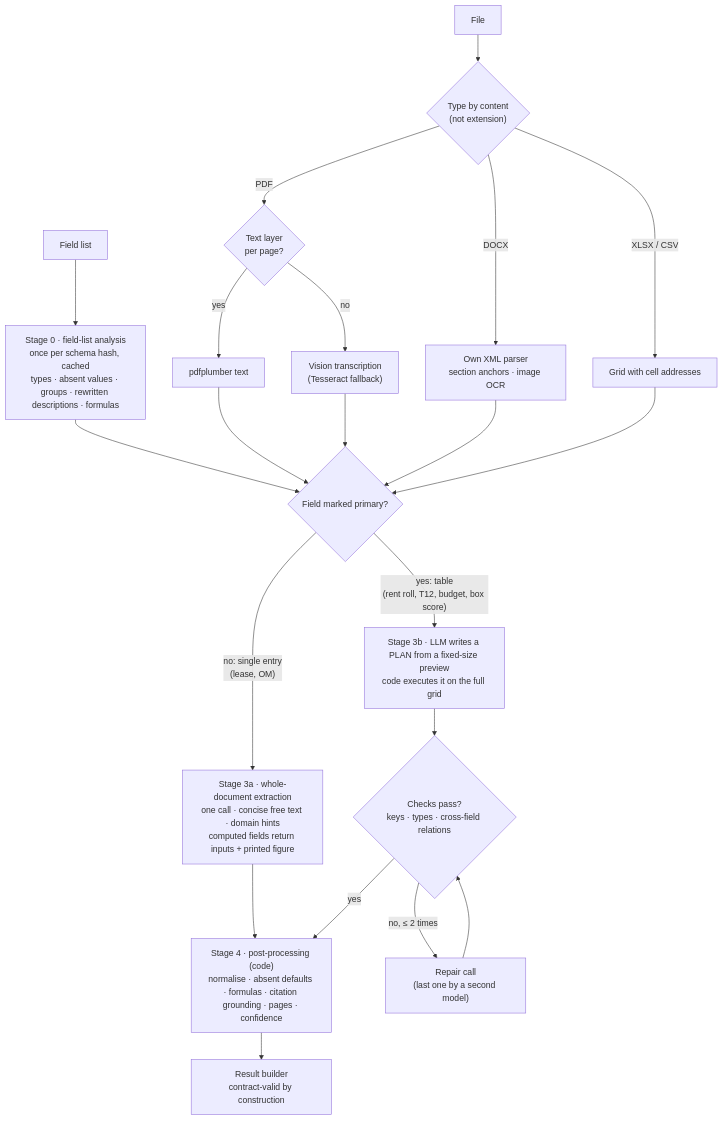
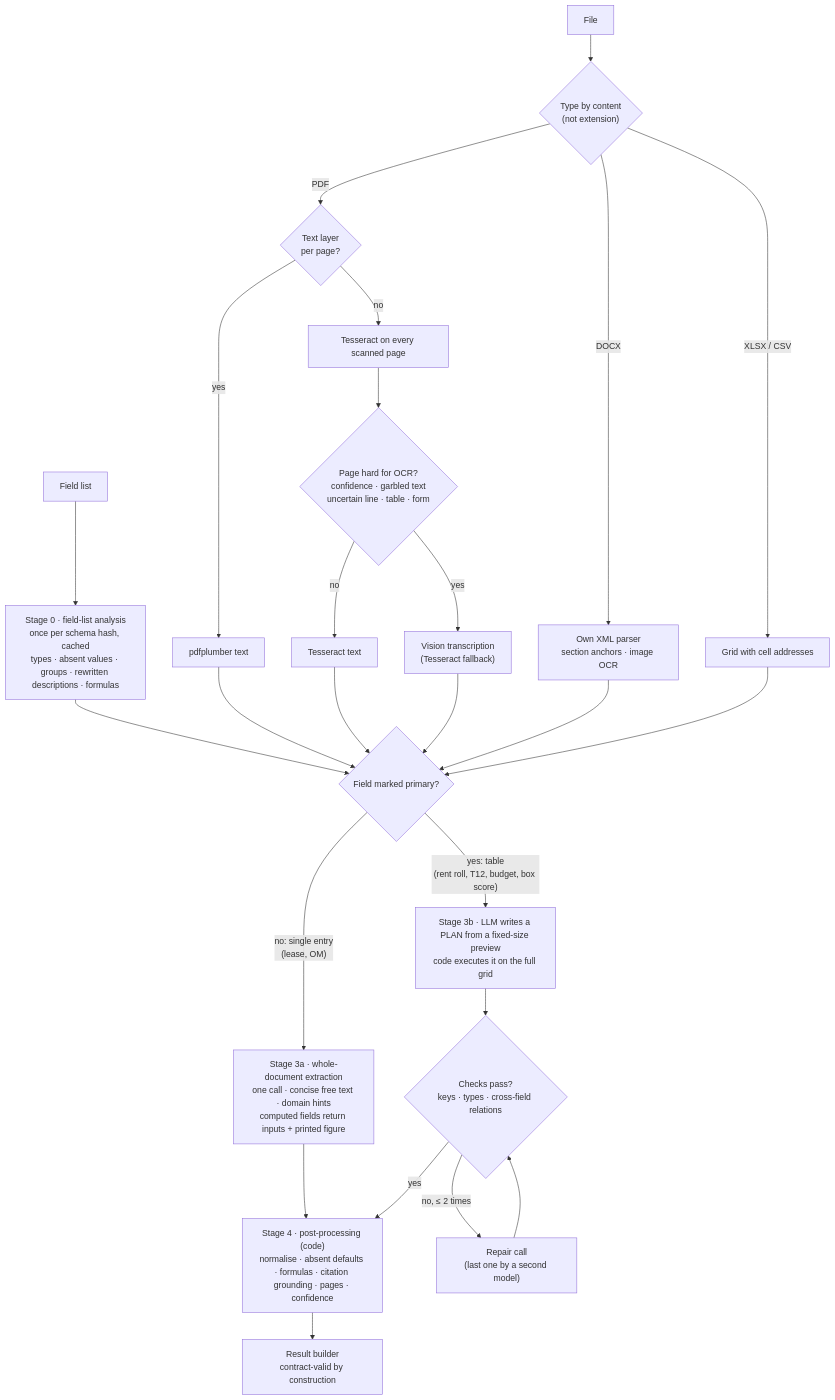
One commit to AdvaithGS/Outcome-Assignment changed the third of 3 diagrams in docs/design-overview.md. Above: the diagram before and after it, drawn with Mermaid. The commit also changed other lines of this file, not shown here.

Commit message:
Design overview: selective vision, terse field lists, load test, current scores and spend

````diff
--- a/docs/design-overview.md
+++ b/docs/design-overview.md
@@ -130,19 +149,22 @@
 ```mermaid
 flowchart TD
     S[Field list] --> S0["Stage 0 · field-list analysis<br/>once per schema hash, cached<br/>types · absent values · groups · rewritten descriptions · formulas"]
     F[File] --> T{"Type by content<br/>(not extension)"}
     T -->|PDF| P{"Text layer<br/>per page?"}
     P -->|yes| PT[pdfplumber text]
-    P -->|no| PV["Vision transcription<br/>(Tesseract fallback)"]
+    P -->|no| PO["Tesseract on every scanned page"]
+    PO --> PQ{"Page hard for OCR?<br/>confidence · garbled text<br/>uncertain line · table · form"}
+    PQ -->|no| PK[Tesseract text]
+    PQ -->|yes| PV["Vision transcription<br/>(Tesseract fallback)"]
     T -->|DOCX| D["Own XML parser<br/>section anchors · image OCR"]
     T -->|XLSX / CSV| G["Grid with cell addresses"]
     S0 --> R{"Field marked primary?"}
-    PT & PV & D & G --> R
+    PT & PK & PV & D & G --> R
     R -->|"no: single entry<br/>(lease, OM)"| A["Stage 3a · whole-document extraction<br/>one call · concise free text · domain hints<br/>computed fields return inputs + printed figure"]
     R -->|"yes: table<br/>(rent roll, T12, budget, box score)"| B["Stage 3b · LLM writes a PLAN from a fixed-size preview<br/>code executes it on the full grid"]
     A --> PP["Stage 4 · post-processing (code)<br/>normalise · absent defaults · formulas · citation grounding · pages · confidence"]
     B --> CK{"Checks pass?<br/>keys · types · cross-field relations"}
     CK -->|no, ≤ 2 times| RP["Repair call<br/>(last one by a second model)"] --> CK
     CK -->|yes| PP
     PP --> OUT["Result builder<br/>contract-valid by construction"]
 ```
````
